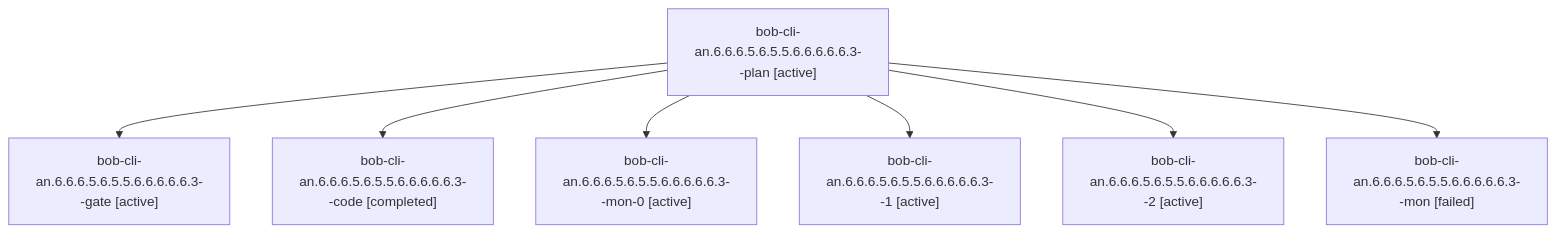
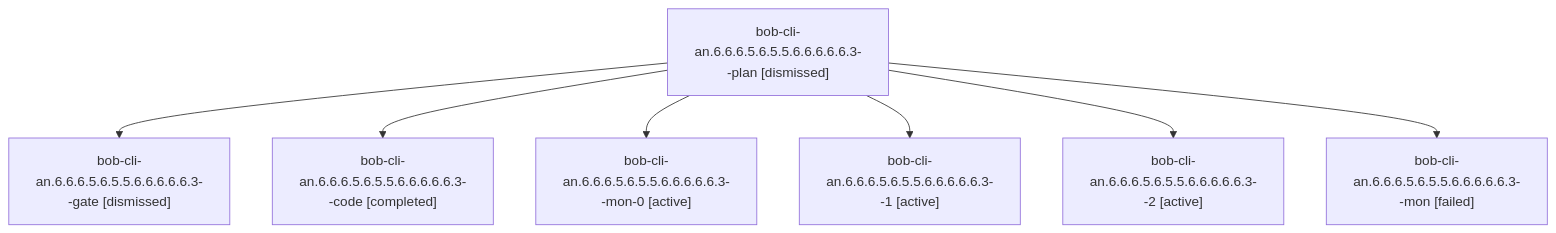
Before and after one commit to bobs-org/bob-cli--agents: the diagram in sessions/bbugyi200.athena.bob-cli-an.6.6.6.5.6.5.5.6.6.6.6.6.3.md, drawn with Mermaid. The commit also changed other lines of this file and 553 other files, not shown here.

````diff
--- a/sessions/bbugyi200.athena.bob-cli-an.6.6.6.5.6.5.5.6.6.6.6.6.3.md
+++ b/sessions/bbugyi200.athena.bob-cli-an.6.6.6.5.6.5.5.6.6.6.6.6.3.md
@@ -9,16 +9,16 @@
 ```mermaid
 flowchart TD
-  n0["bob-cli-an.6.6.6.5.6.5.5.6.6.6.6.6.3--plan [active]"]
-  n1["bob-cli-an.6.6.6.5.6.5.5.6.6.6.6.6.3--gate [active]"]
+  n0["bob-cli-an.6.6.6.5.6.5.5.6.6.6.6.6.3--plan [dismissed]"]
+  n1["bob-cli-an.6.6.6.5.6.5.5.6.6.6.6.6.3--gate [dismissed]"]
   n0 --> n1
   n2["bob-cli-an.6.6.6.5.6.5.5.6.6.6.6.6.3--code [completed]"]
   n0 --> n2
   n3["bob-cli-an.6.6.6.5.6.5.5.6.6.6.6.6.3--mon-0 [active]"]
   n0 --> n3
   n4["bob-cli-an.6.6.6.5.6.5.5.6.6.6.6.6.3--1 [active]"]
   n0 --> n4
   n5["bob-cli-an.6.6.6.5.6.5.5.6.6.6.6.6.3--2 [active]"]
   n0 --> n5
   n6["bob-cli-an.6.6.6.5.6.5.5.6.6.6.6.6.3--mon [failed]"]
   n0 --> n6
 ```
````
